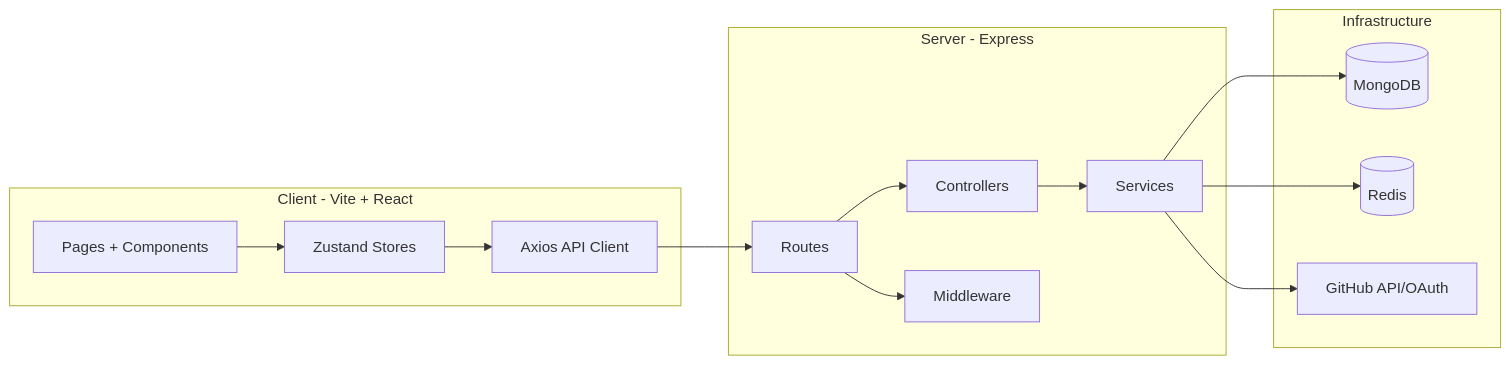
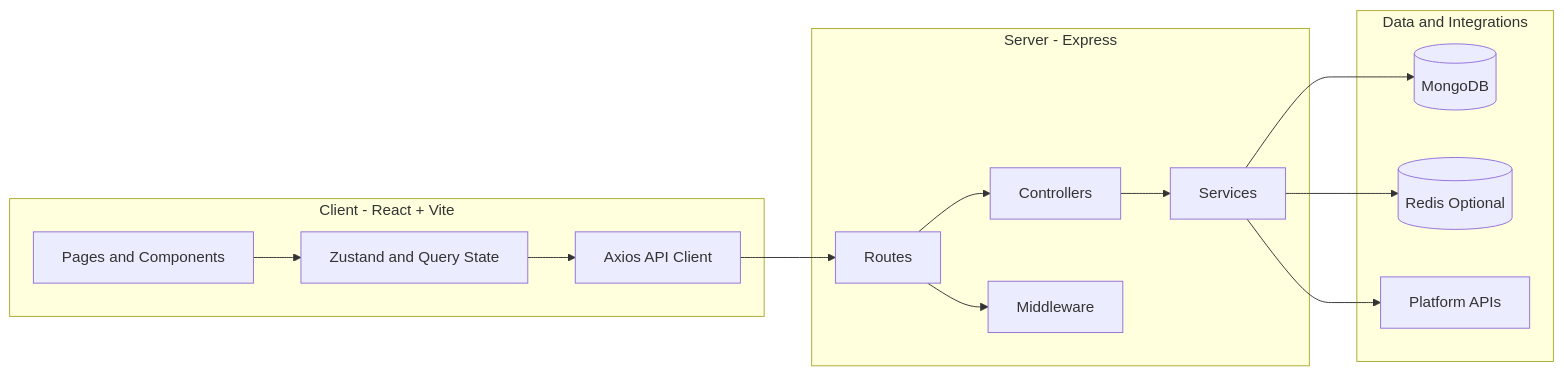
Before and after one commit to SubhashKumar14/DevFolio-App: the first of 2 diagrams in README.md, drawn with Mermaid. The commit also changed other lines of this file and 9 other files, not shown here.

````diff
--- a/README.md
+++ b/README.md
@@ -78,27 +73,27 @@
 ```mermaid
 flowchart LR
-    subgraph Client[Client - Vite + React]
-      UI[Pages + Components]
-      ST[Zustand Stores]
+    subgraph Client[Client - React + Vite]
+      UI[Pages and Components]
+      ST[Zustand and Query State]
       API[Axios API Client]
     end
 
     subgraph Server[Server - Express]
       RT[Routes]
       CT[Controllers]
       SV[Services]
       MW[Middleware]
     end
 
-    subgraph Infra[Infrastructure]
+    subgraph DataInfra[Data and Integrations]
       MDB[(MongoDB)]
-      RDS[(Redis)]
-      GH[GitHub API/OAuth]
+      RDS[(Redis Optional)]
+      EXT[Platform APIs]
     end
 
     UI --> ST --> API --> RT --> CT --> SV
     RT --> MW
     SV --> MDB
     SV --> RDS
-    SV --> GH
+    SV --> EXT
 ```
````
